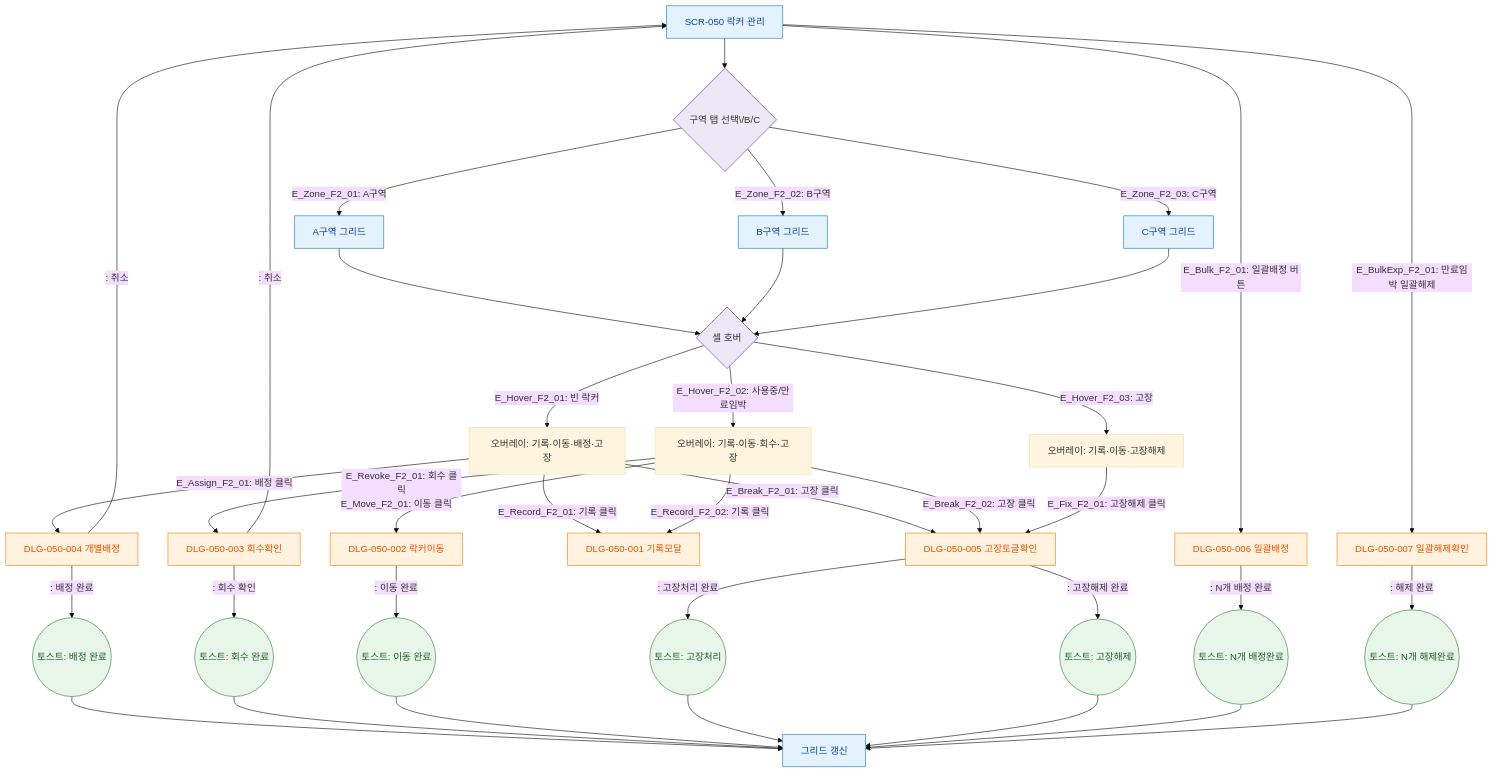
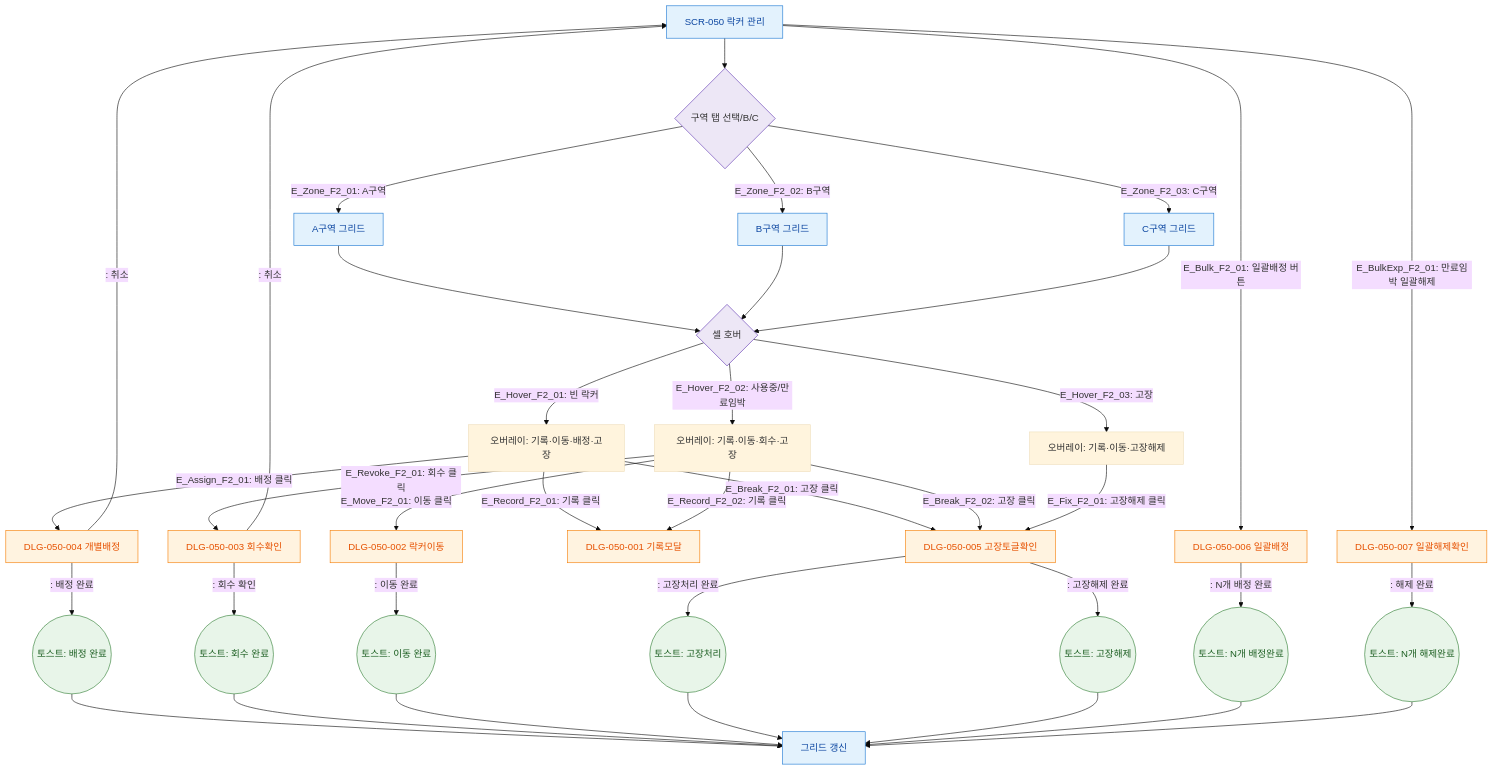
The diagram in docs/admin/다이어그램/D06_시설관리/SCR-050_락커관리/F2_메인.md (dev-spogym/admin-pando), drawn with Mermaid (base theme) before and after one commit. The commit also changed 369 other files, not shown here.

````diff
--- a/docs/admin/다이어그램/D06_시설관리/SCR-050_락커관리/F2_메인.md
+++ b/docs/admin/다이어그램/D06_시설관리/SCR-050_락커관리/F2_메인.md
@@ -21,55 +21,55 @@
 ```mermaid
 flowchart TD
-    SCR050[SCR-050 락커 관리] --> ZoneTab{구역 탭 선택\/B/C}
+    SCR050[SCR-050 락커 관리] --> ZoneTab{구역 탭 선택/B/C}
     ZoneTab -->|"E_Zone_F2_01: A구역"|GridA[A구역 그리드]
     ZoneTab -->|"E_Zone_F2_02: B구역"|GridB[B구역 그리드]
     ZoneTab -->|"E_Zone_F2_03: C구역"|GridC[C구역 그리드]
 
     GridA --> HoverCell{셀 호버}
     GridB --> HoverCell
     GridC --> HoverCell
 
     HoverCell -->|"E_Hover_F2_01: 빈 락커"|OverlayEmpty[오버레이: 기록·이동·배정·고장]
     HoverCell -->|"E_Hover_F2_02: 사용중/만료임박"|OverlayUsed[오버레이: 기록·이동·회수·고장]
     HoverCell -->|"E_Hover_F2_03: 고장"|OverlayBroken[오버레이: 기록·이동·고장해제]
 
     OverlayEmpty -->|"E_Assign_F2_01: 배정 클릭"|DLG004[DLG-050-004 개별배정]
     OverlayUsed -->|"E_Revoke_F2_01: 회수 클릭"|DLG003[DLG-050-003 회수확인]
     OverlayUsed -->|"E_Move_F2_01: 이동 클릭"|DLG002[DLG-050-002 락커이동]
     OverlayEmpty -->|"E_Record_F2_01: 기록 클릭"|DLG001[DLG-050-001 기록모달]
     OverlayUsed -->|"E_Record_F2_02: 기록 클릭"|DLG001
     OverlayEmpty -->|"E_Break_F2_01: 고장 클릭"|DLG005[DLG-050-005 고장토글확인]
     OverlayUsed -->|"E_Break_F2_02: 고장 클릭"|DLG005
     OverlayBroken -->|"E_Fix_F2_01: 고장해제 클릭"|DLG005
 
     DLG004 -->|": 배정 완료"|ToastAssign((토스트: 배정 완료))
     DLG004 -->|": 취소"|SCR050
     DLG003 -->|": 회수 확인"|ToastRevoke((토스트: 회수 완료))
     DLG003 -->|": 취소"|SCR050
     DLG002 -->|": 이동 완료"|ToastMove((토스트: 이동 완료))
     DLG005 -->|": 고장처리 완료"|ToastBreak((토스트: 고장처리))
     DLG005 -->|": 고장해제 완료"|ToastFix((토스트: 고장해제))
 
     ToastAssign --> GridRefresh[그리드 갱신]
     ToastRevoke --> GridRefresh
     ToastMove --> GridRefresh
     ToastBreak --> GridRefresh
     ToastFix --> GridRefresh
 
     SCR050 -->|"E_Bulk_F2_01: 일괄배정 버튼"|DLG006[DLG-050-006 일괄배정]
     SCR050 -->|"E_BulkExp_F2_01: 만료임박 일괄해제"|DLG007[DLG-050-007 일괄해제확인]
     DLG006 -->|": N개 배정 완료"|ToastBulk((토스트: N개 배정완료))
     DLG007 -->|": 해제 완료"|ToastBulkExp((토스트: N개 해제완료))
     ToastBulk --> GridRefresh
     ToastBulkExp --> GridRefresh
 
     classDef screen fill:#E3F2FD,stroke:#1976D2,color:#0D47A1
     classDef modal fill:#FFF3E0,stroke:#F57C00,color:#E65100
     classDef success fill:#E8F5E9,stroke:#2E7D32,color:#1B5E20
     classDef system fill:#EDE7F6,stroke:#5E35B2
 
     class SCR050,GridA,GridB,GridC,GridRefresh screen
     class DLG001,DLG002,DLG003,DLG004,DLG005,DLG006,DLG007 modal
     class ToastAssign,ToastRevoke,ToastMove,ToastBreak,ToastFix,ToastBulk,ToastBulkExp success
     class ZoneTab,HoverCell system
 ```
````
